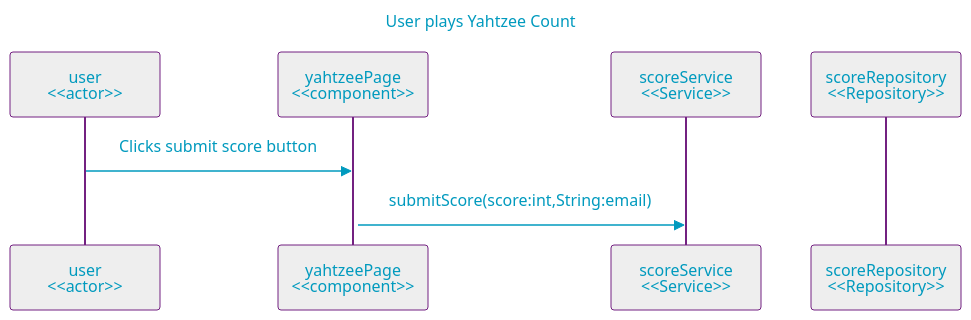
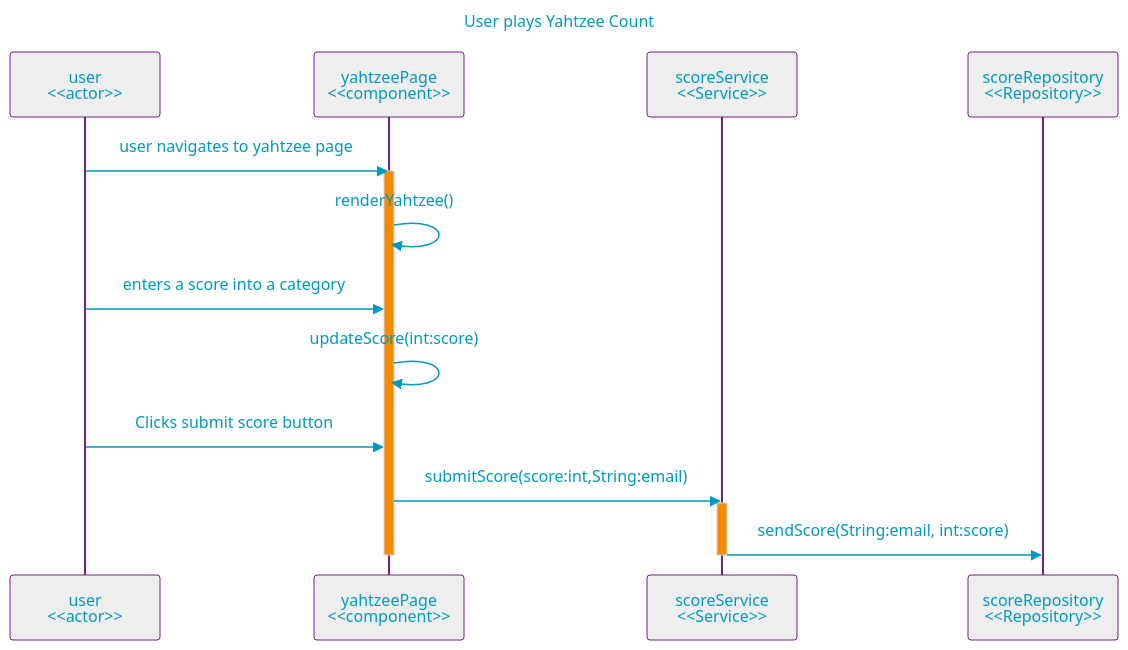
Before and after one commit to null-0ne/COSA-195-Gamehub: the diagram in uml/seq-story8.md, drawn with Mermaid. The commit also changed 5 other files, not shown here.

Commit message:
got rendering of the yahtzee count page working, started work on the rendering of the score card

````diff
--- a/uml/seq-story8.md
+++ b/uml/seq-story8.md
@@ -3,26 +3,41 @@
 ```mermaid
 %%{init:{"securityLevel":"loose","layout":"elk","elk":{"nodePlacementStrategy":"NETWORK_SIMPLEX"},"theme":"base",
 "themeVariables":{"primaryColor":"#EEE","primaryTextColor":"#009ABE","primaryBorderColor":"#732181","lineColor":"#009ABE","noteBorderColor":"#732181","noteBkgColor":"#F38A00","activationBkgColor":"#F38A00"    }
 }}%%
 %%----------------------- MERMAID MARKUP BELOW --------------------%%
 
 
 sequenceDiagram
 title: User plays Yahtzee Count
 
 participant u as user<br><<actor>>
 participant p as yahtzeePage<br><<component>>
 participant scoreSvc as scoreService<br><<Service>>
 participant scoreRepo as scoreRepository<br><<Repository>>
 
-u->>p: Clicks submit score button
+u->>p: user navigates to yahtzee page
 activate p
 
+p->>p: renderYahtzee()
+
+
+u->>p: enters a score into a category
+
+p->>p: updateScore(int:score)
+
+u->>p: Clicks submit score button
+
+
 p->>scoreSvc: submitScore(score:int,String:email)
+
+activate scoreSvc
+scoreSvc->>scoreRepo: sendScore(String:email, int:score)
+deactivate scoreSvc
+deactivate p
 
 
 
 
 
 %%----------------------- MERMAID MARKUP ABOVE --------------------%%
 ```
````
